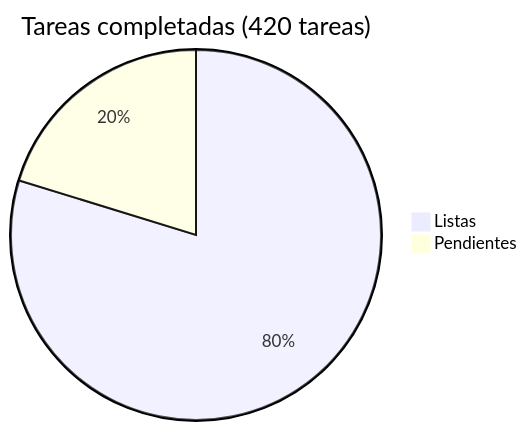
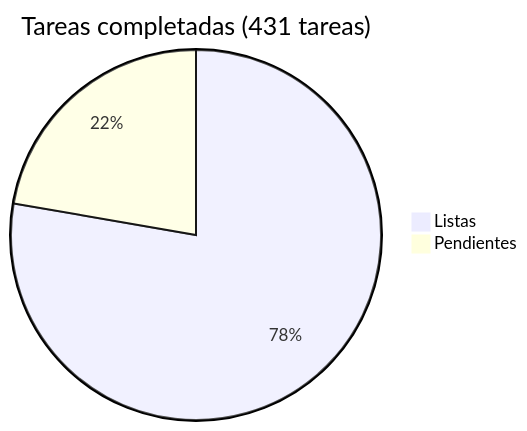
One commit to araguaney-lat/araguaney changed the diagram in docs/roadmap/README.md. Above: the diagram before and after it, drawn with Mermaid. The commit also changed other lines of this file and 2 other files, not shown here.

First line of the commit message:
docs(roadmap): fase 23, IA asistida en captura, catalogo y necesidades (#187)

````diff
--- a/docs/roadmap/README.md
+++ b/docs/roadmap/README.md
@@ -5,5 +5,5 @@
 ```mermaid
-pie title Tareas completadas (420 tareas)
+pie title Tareas completadas (431 tareas)
     "Listas" : 335
-    "Pendientes" : 85
+    "Pendientes" : 96
 ```
````
